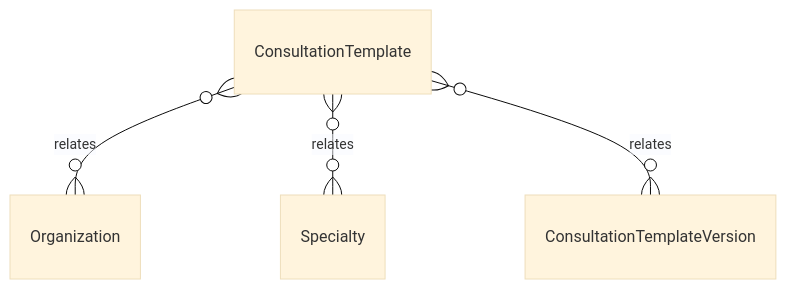
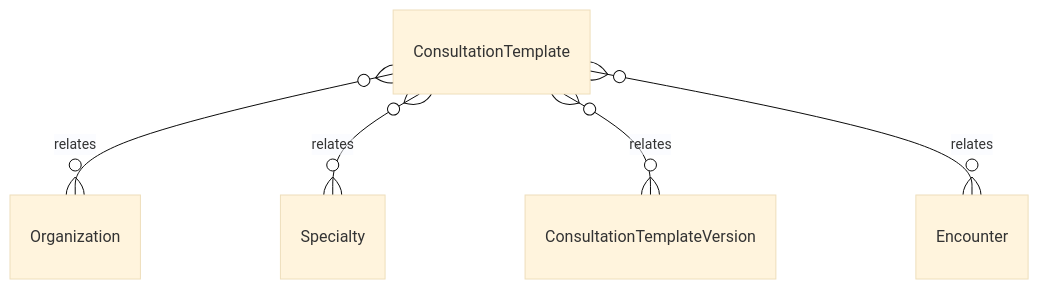
Before and after one commit to tejasnirala/rcln: the diagram in .kb/Database/ConsultationTemplate.md, drawn with Mermaid (base theme). The commit also changed other lines of this file and 102 other files, not shown here.

````diff
--- a/.kb/Database/ConsultationTemplate.md
+++ b/.kb/Database/ConsultationTemplate.md
@@ -49,6 +50,7 @@
 ```mermaid
 erDiagram
     ConsultationTemplate }o--o{ Organization : relates
     ConsultationTemplate }o--o{ Specialty : relates
     ConsultationTemplate }o--o{ ConsultationTemplateVersion : relates
+    ConsultationTemplate }o--o{ Encounter : relates
 ```
````
